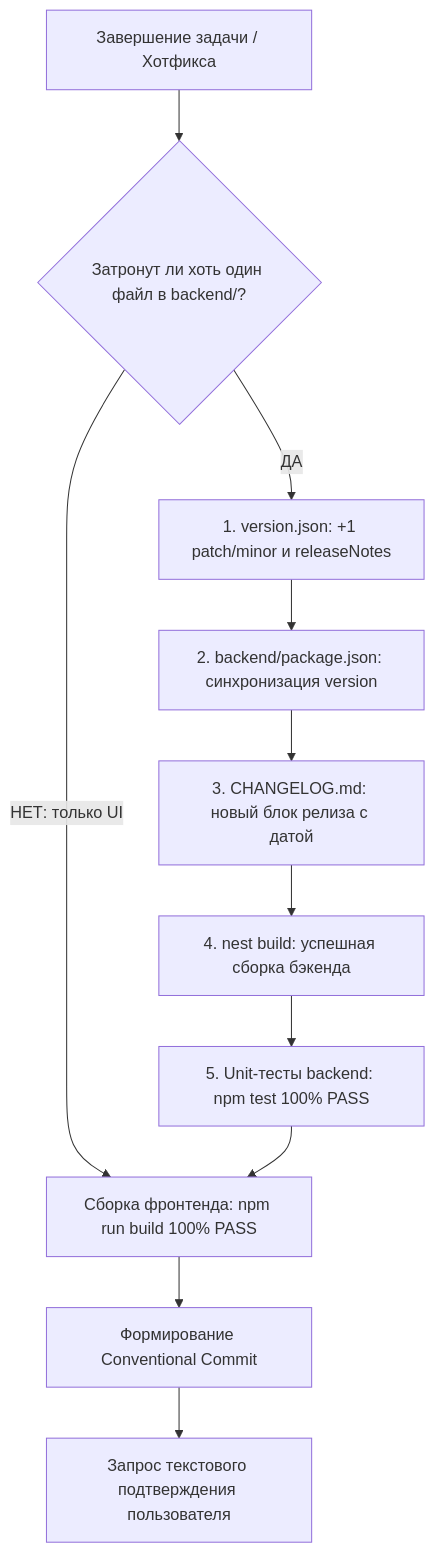
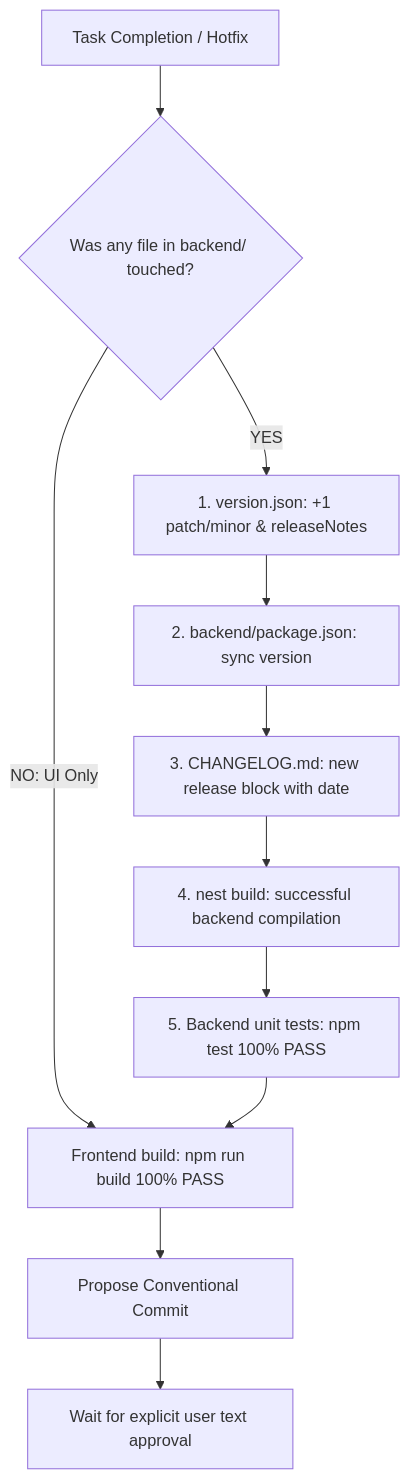
Before and after one commit to anishchenko-anton/ai-skill-sdd-agent: the diagram in references/after_work_release.md, drawn with Mermaid. The commit also changed other lines of this file and 23 other files, not shown here.

Commit message:
feat(sdd-agent): codify architecture-first standards, lazy-loading protocols, and reset feedback log

````diff
--- a/references/after_work_release.md
+++ b/references/after_work_release.md
@@ -13,13 +13,13 @@
 ```mermaid
 flowchart TD
-    A[Завершение задачи / Хотфикса] --> B{Затронут ли хоть один файл в backend/?}
-    B -->|ДА| C[1. version.json: +1 patch/minor и releaseNotes]
-    C --> D[2. backend/package.json: синхронизация version]
-    D --> E[3. CHANGELOG.md: новый блок релиза с датой]
-    E --> F[4. nest build: успешная сборка бэкенда]
-    F --> G[5. Unit-тесты backend: npm test 100% PASS]
-    B -->|НЕТ: только UI| H[Сборка фронтенда: npm run build 100% PASS]
+    A[Task Completion / Hotfix] --> B{Was any file in backend/ touched?}
+    B -->|YES| C[1. version.json: +1 patch/minor & releaseNotes]
+    C --> D[2. backend/package.json: sync version]
+    D --> E[3. CHANGELOG.md: new release block with date]
+    E --> F[4. nest build: successful backend compilation]
+    F --> G[5. Backend unit tests: npm test 100% PASS]
+    B -->|NO: UI Only| H[Frontend build: npm run build 100% PASS]
     G --> H
-    H --> I[Формирование Conventional Commit]
-    I --> J[Запрос текстового подтверждения пользователя]
+    H --> I[Propose Conventional Commit]
+    I --> J[Wait for explicit user text approval]
 ```
````
